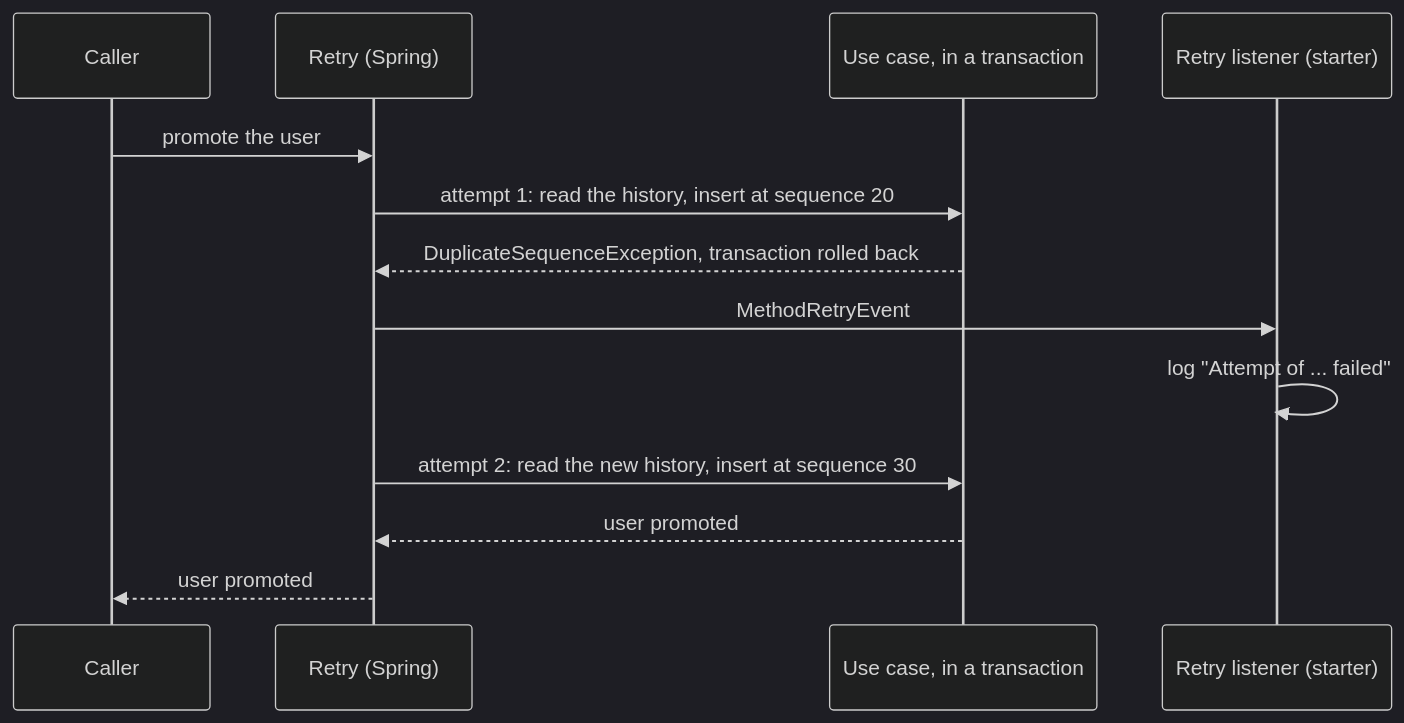
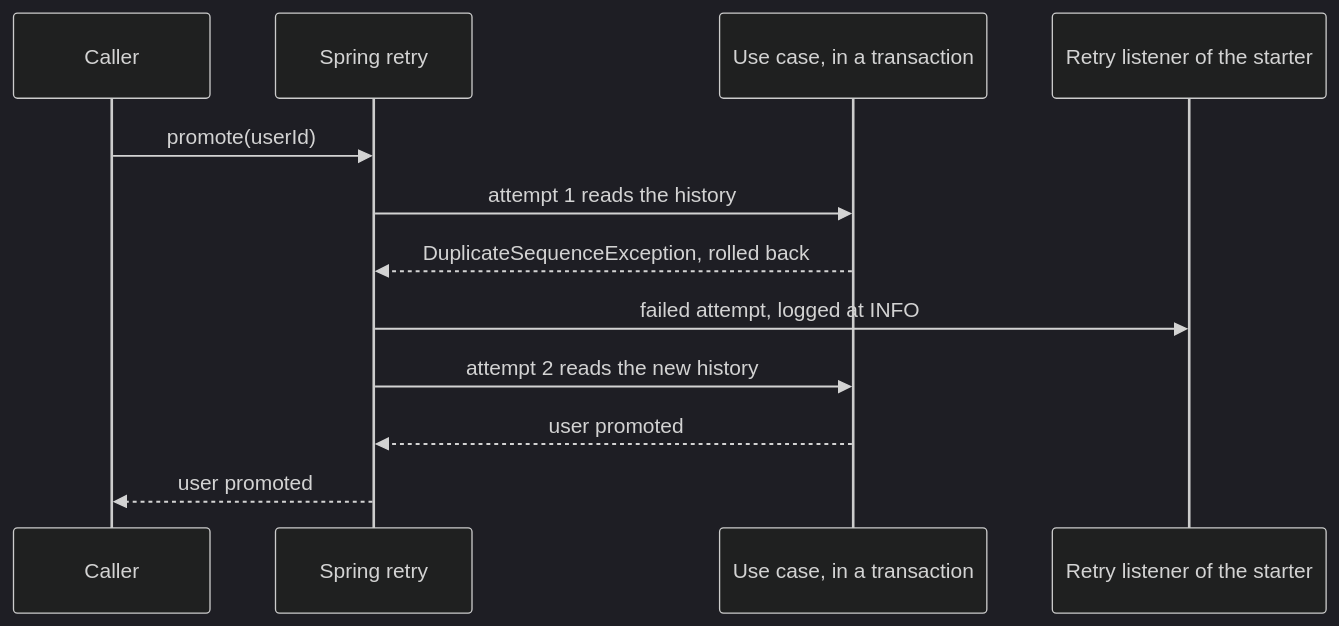
Before and after one commit to mboisnard/drinkit: the second of 2 diagrams in tech-starters/backend/retryable-starter/README.md, drawn with Mermaid (dark theme). The commit also changed other lines of this file and 13 other files, not shown here.

First line of the commit message:
[TECH-STARTER] Shorten each starter README to its purpose, its key diagrams and its usage (#383)

````diff
--- a/tech-starters/backend/retryable-starter/README.md
+++ b/tech-starters/backend/retryable-starter/README.md
@@ -18,16 +31,14 @@
 ```mermaid
 sequenceDiagram
     participant Caller
-    participant Retry as Retry (Spring)
+    participant Retry as Spring retry
     participant UseCase as Use case, in a transaction
-    participant Listener as Retry listener (starter)
-
-    Caller->>Retry: promote the user
-    Retry->>UseCase: attempt 1: read the history, insert at sequence 20
-    UseCase-->>Retry: DuplicateSequenceException, transaction rolled back
-    Retry->>Listener: MethodRetryEvent
-    Listener->>Listener: log "Attempt of ... failed"
-    Retry->>UseCase: attempt 2: read the new history, insert at sequence 30
+    participant Listener as Retry listener of the starter
+    Caller->>Retry: promote(userId)
+    Retry->>UseCase: attempt 1 reads the history
+    UseCase-->>Retry: DuplicateSequenceException, rolled back
+    Retry->>Listener: failed attempt, logged at INFO
+    Retry->>UseCase: attempt 2 reads the new history
     UseCase-->>Retry: user promoted
     Retry-->>Caller: user promoted
 ```
````
